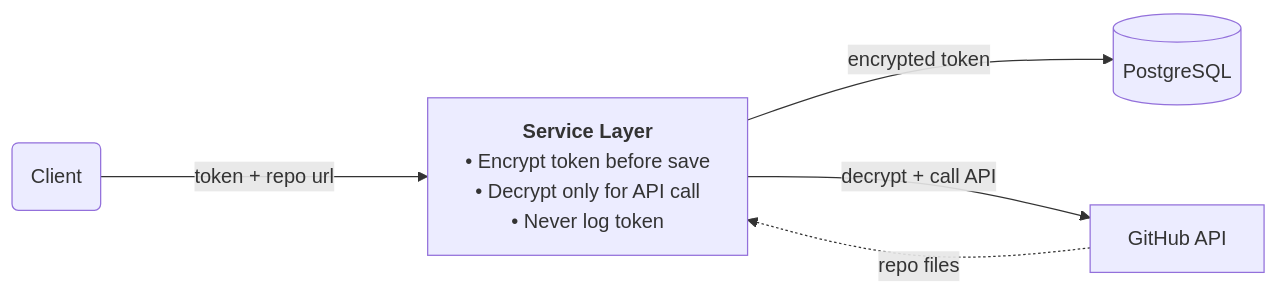
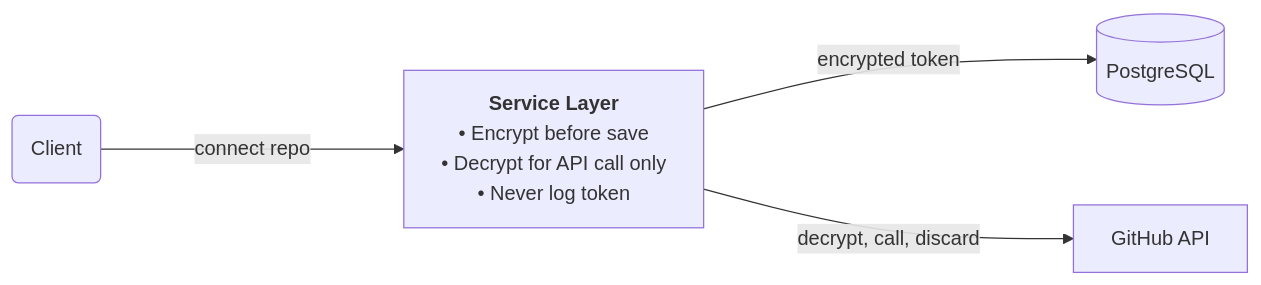
The fourth of 4 diagrams in SYSTEM_DESIGN.md (shivam-tamboli/GrillMyProject), drawn with Mermaid before and after one commit. The commit also changed other lines of this file, not shown here.

Commit message:
restructure system design — simplify for mvp, one diagram, tech decisions with pros and cons

````diff
--- a/SYSTEM_DESIGN.md
+++ b/SYSTEM_DESIGN.md
@@ -657,13 +296,12 @@
 ```mermaid
 %%{init: {'flowchart': {'nodeSpacing': 80, 'rankSpacing': 150}}}%%
 flowchart LR
     Client(Client)
-    SVC["<b>Service Layer</b><br/>• Encrypt token before save<br/>• Decrypt only for API call<br/>• Never log token"]
+    SVC["<b>Service Layer</b><br/>• Encrypt before save<br/>• Decrypt for API call only<br/>• Never log token"]
     PG[(PostgreSQL)]
     GH["GitHub API"]
 
-    Client -->|token + repo url| SVC
+    Client -->|connect repo| SVC
     SVC -->|encrypted token| PG
-    SVC -->|decrypt + call API| GH
-    GH -.->|repo files| SVC
+    SVC -->|decrypt, call, discard| GH
 ```
````
